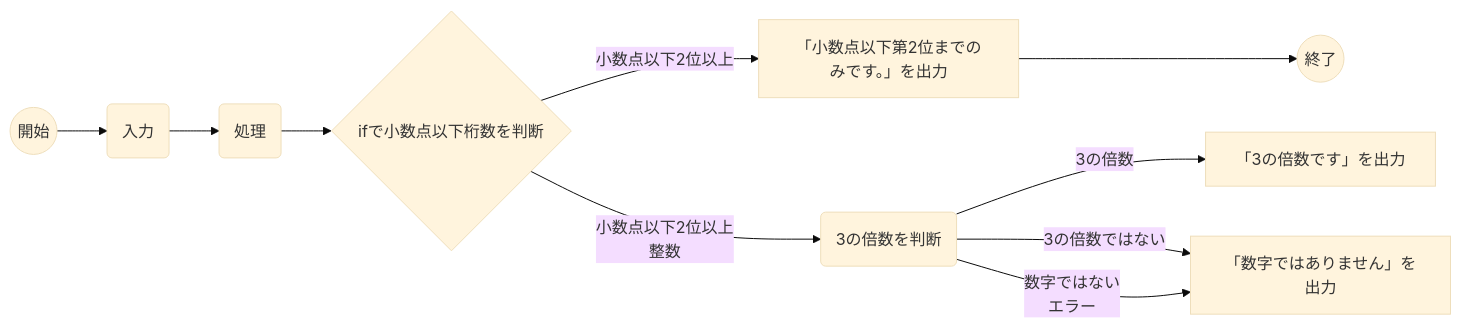
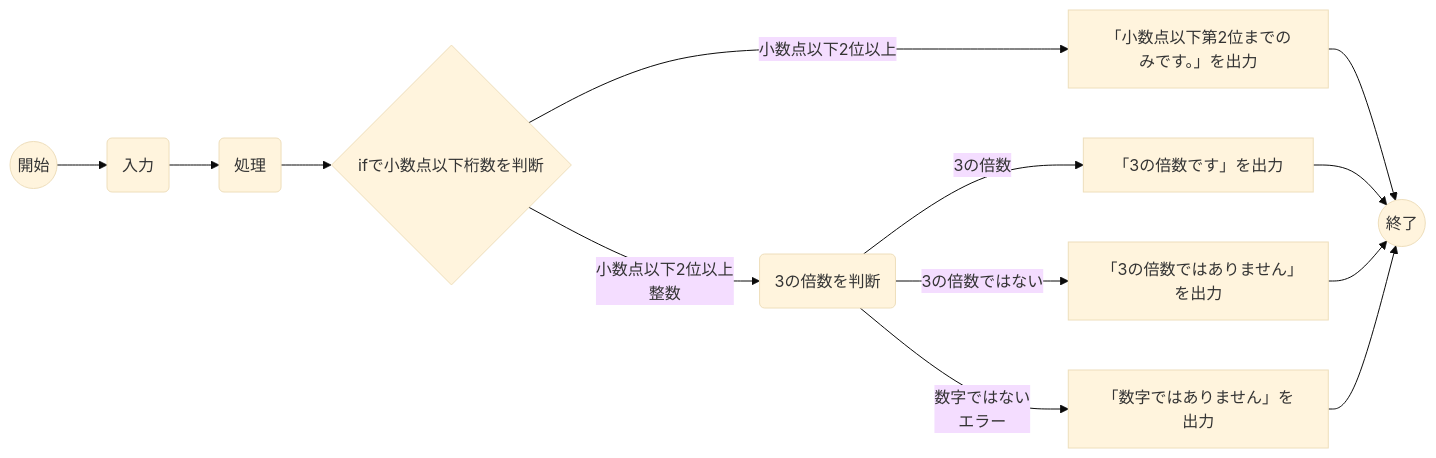
One commit to 2023-new-graduate-takadanobaba/ou changed the second of 2 diagrams in README.md. Above: the diagram before and after it, drawn with Mermaid (base theme).

````diff
--- a/README.md
+++ b/README.md
@@ -122,12 +122,15 @@
   ```mermaid
   flowchart LR
   A((開始)) --> B(入力)
     B --> C(処理)
     C --> D{ifで小数点以下桁数を判断}
     D --> |小数点以下2位以上| E[「小数点以下第2位までのみです。」を出力]
     D --> |小数点以下2位以上\n整数| F(3の倍数を判断)
     E --> G((終了))
     F --> |3の倍数| H[「3の倍数です」を出力]
     F --> |3の倍数ではない| I[「3の倍数ではありません」を出力]
-    F --> |数字ではない\nエラー| I[「数字ではありません」を出力]
+    F --> |数字ではない\nエラー| J[「数字ではありません」を出力]
+    H --> G
+    I --> G
+    J --> G
   ```
````
